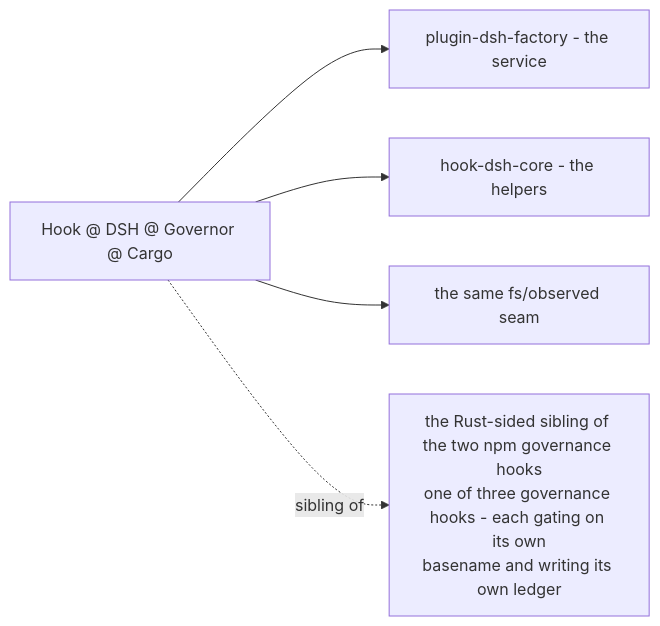
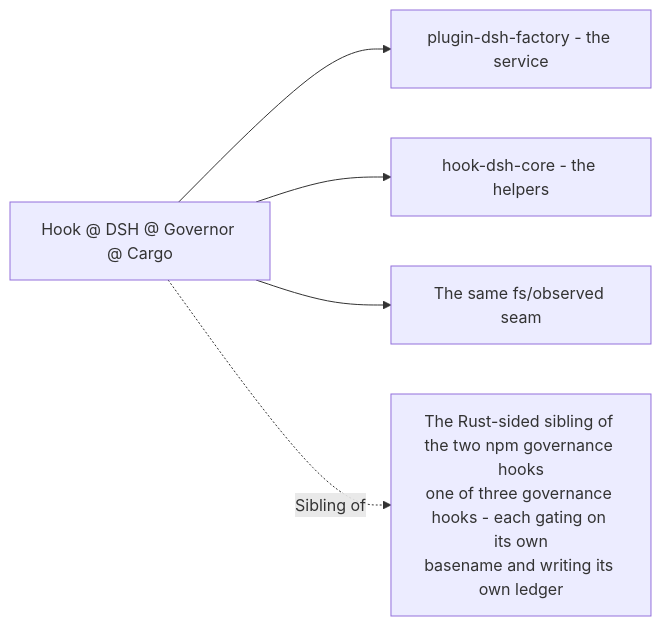
Before and after one commit to PlayForm/Site-DeepSeek: the diagram in Source/Content/Mermaid/govcargo-family-position.mmd, drawn with Mermaid. The commit also changed 136 other files, not shown here.

```diff
--- a/Source/Content/Mermaid/govcargo-family-position.mmd
+++ b/Source/Content/Mermaid/govcargo-family-position.mmd
@@ -1,7 +1,7 @@
 flowchart LR
 	CARGO["Hook @ DSH @ Governor @ Cargo"] --> FACTORY["plugin-dsh-factory - the service"]
 	CARGO --> CORE["hook-dsh-core - the helpers"]
-	SEAM["the same fs/observed seam"]
-	SIB["the Rust-sided sibling of the two npm governance hooks<br/>one of three governance hooks - each gating on its own<br/>basename and writing its own ledger"]
+	SEAM["The same fs/observed seam"]
+	SIB["The Rust-sided sibling of the two npm governance hooks<br/>one of three governance hooks - each gating on its own<br/>basename and writing its own ledger"]
 	CARGO --> SEAM
-	CARGO -. "sibling of" .-> SIB
+	CARGO -. "Sibling of" .-> SIB
```
